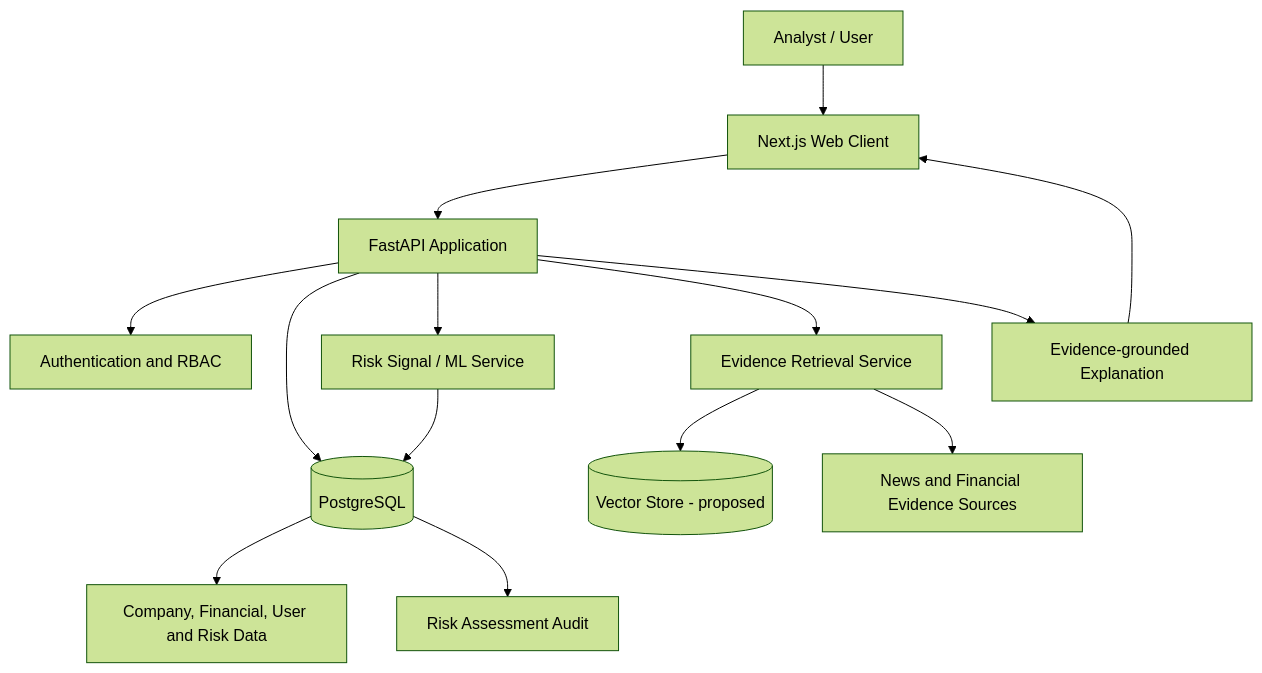
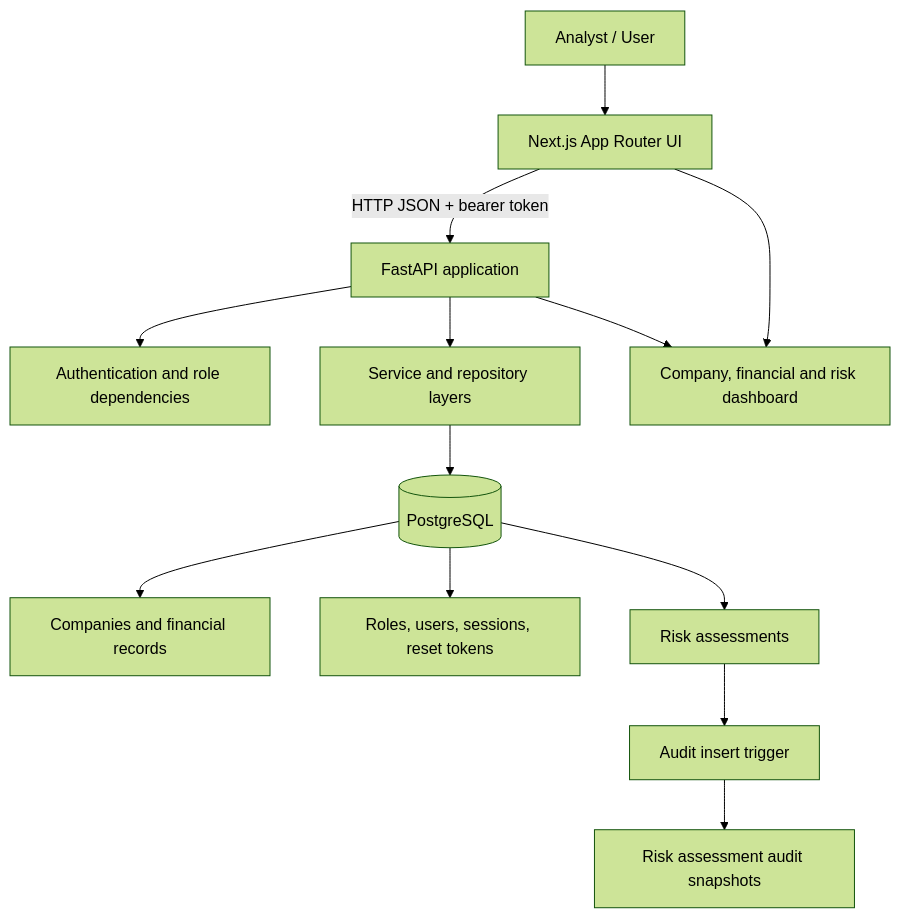
Before and after one commit to akashsb2005/aegis-financial-risk-intelligence: the first of 2 diagrams in docs/database/SYSTEM_ARCHITECTURE.md, drawn with Mermaid (forest theme). The commit also changed other lines of this file and 2 other files, not shown here.

First line of the commit message:
docs: align API and architecture with implemented application (#19)

````diff
--- a/docs/database/SYSTEM_ARCHITECTURE.md
+++ b/docs/database/SYSTEM_ARCHITECTURE.md
@@ -34,16 +11,15 @@
 ```mermaid
 flowchart TD
-    U[Analyst / User] --> UI[Next.js Web Client]
-    UI --> API[FastAPI Application]
-    API --> AUTH[Authentication and RBAC]
-    API --> DB[(PostgreSQL)]
-    DB --> CORE[Company, Financial, User and Risk Data]
-    DB --> AUDIT[Risk Assessment Audit]
-    API --> ML[Risk Signal / ML Service]
-    API --> RET[Evidence Retrieval Service]
-    RET --> VDB[(Vector Store - proposed)]
-    RET --> SRC[News and Financial Evidence Sources]
-    ML --> DB
-    API --> EXPL[Evidence-grounded Explanation]
-    EXPL --> UI
+    USER[Analyst / User] --> WEB[Next.js App Router UI]
+    WEB -->|HTTP JSON + bearer token| API[FastAPI application]
+    API --> AUTH[Authentication and role dependencies]
+    API --> SERVICES[Service and repository layers]
+    SERVICES --> DB[(PostgreSQL)]
+    DB --> CORE[Companies and financial records]
+    DB --> ID[Roles, users, sessions, reset tokens]
+    DB --> RISK[Risk assessments]
+    RISK --> TRIGGER[Audit insert trigger]
+    TRIGGER --> AUDIT[Risk assessment audit snapshots]
+    WEB --> DASH[Company, financial and risk dashboard]
+    API --> DASH
 ```
````
